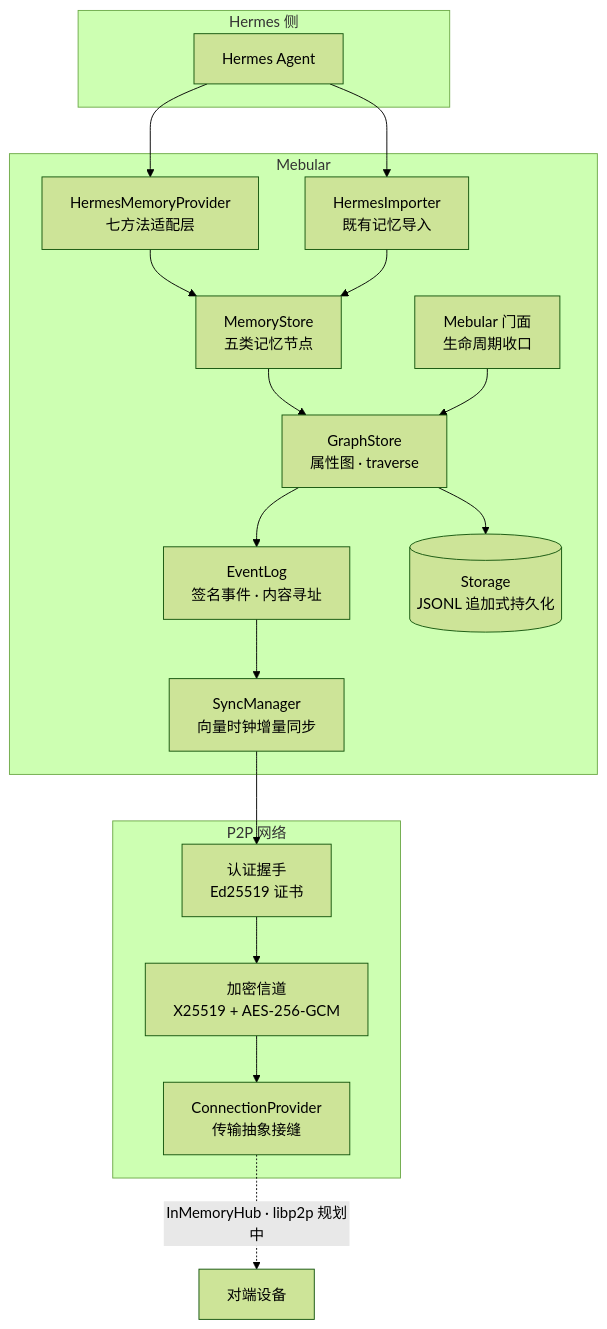
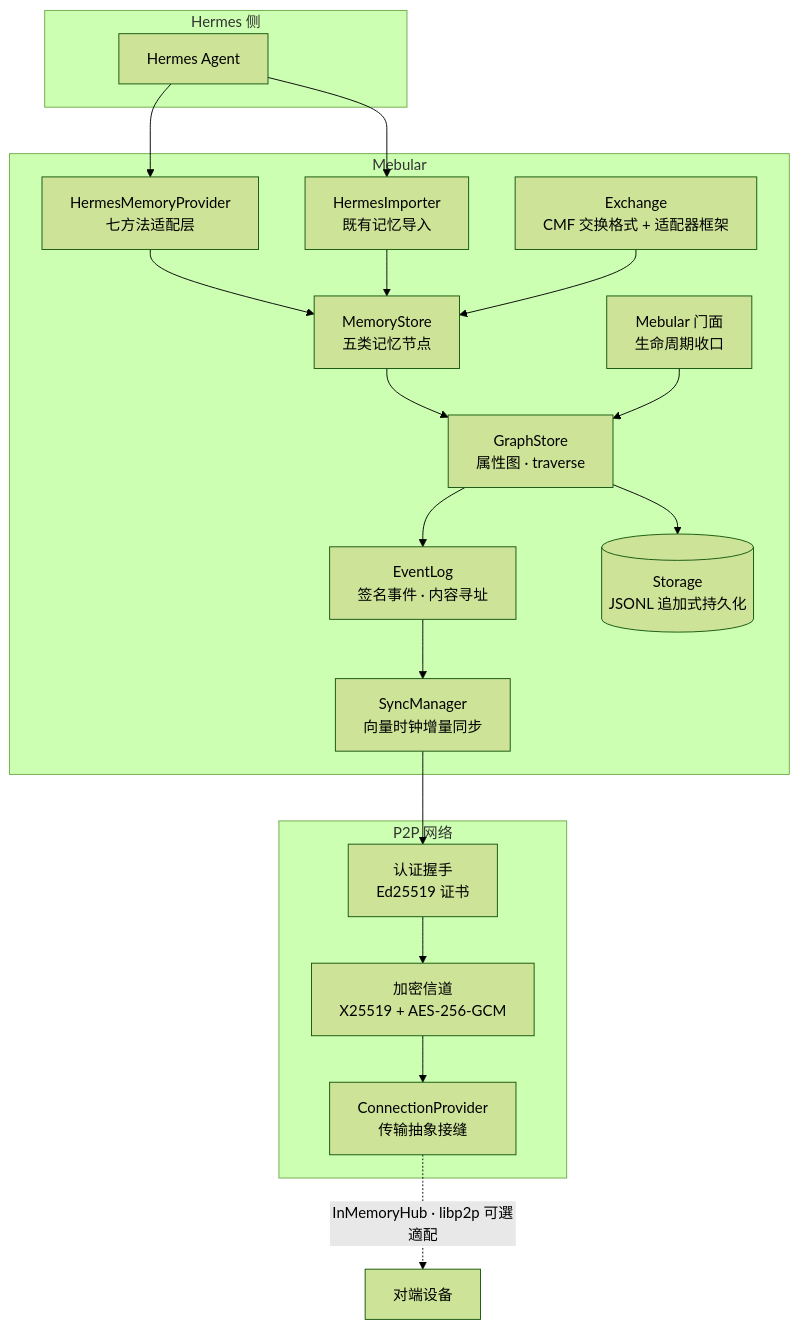
The diagram in README.md (Windsander/Mebular), drawn with Mermaid (forest theme) before and after one commit. The commit also changed other lines of this file, not shown here.

Commit message:
docs: README 刷新至 Phase 5（特性/架構圖/路線圖/質量數據）

````diff
--- a/README.md
+++ b/README.md
@@ -33,37 +35,39 @@
 ```mermaid
 graph TD
   subgraph SG0["Hermes 侧"]
     H[Hermes Agent]
   end
 
   subgraph SG1["Mebular"]
     M[Mebular 门面<br/>生命周期收口]
     P[HermesMemoryProvider<br/>七方法适配层]
     I[HermesImporter<br/>既有记忆导入]
     MS[MemoryStore<br/>五类记忆节点]
+    EX[Exchange<br/>CMF 交换格式 + 适配器框架]
     GS[GraphStore<br/>属性图 · traverse]
     EL[EventLog<br/>签名事件 · 内容寻址]
     SM[SyncManager<br/>向量时钟增量同步]
     ST[(Storage<br/>JSONL 追加式持久化)]
   end
 
   subgraph SG2["P2P 网络"]
     HS[认证握手<br/>Ed25519 证书]
     SC[加密信道<br/>X25519 + AES-256-GCM]
     TP[ConnectionProvider<br/>传输抽象接缝]
   end
 
   H --> P
   H --> I
   P --> MS
   I --> MS
   MS --> GS
+  EX --> MS
   M --> GS
   GS --> EL
   EL --> SM
   SM --> HS
   HS --> SC
   SC --> TP
   GS --> ST
-  TP -.->|InMemoryHub · libp2p 规划中| Peer[对端设备]
+  TP -.->|InMemoryHub · libp2p 可選適配| Peer[对端设备]
 ```
````
